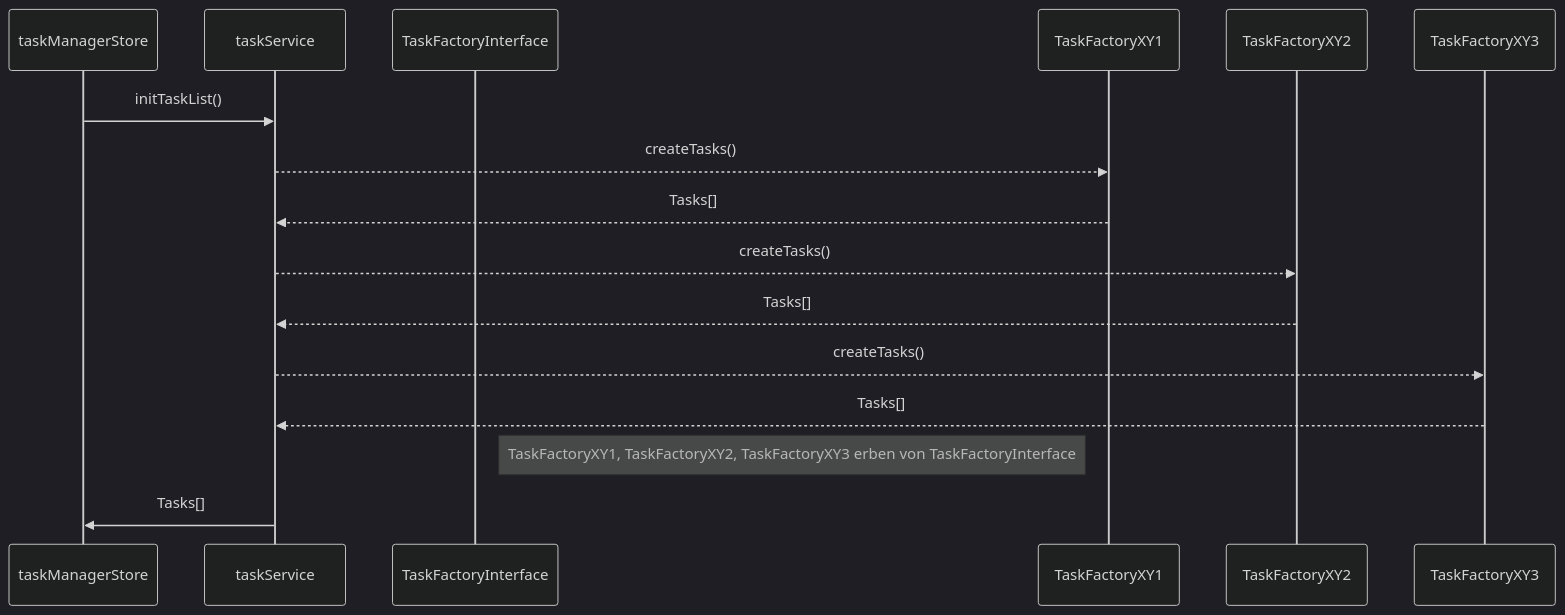
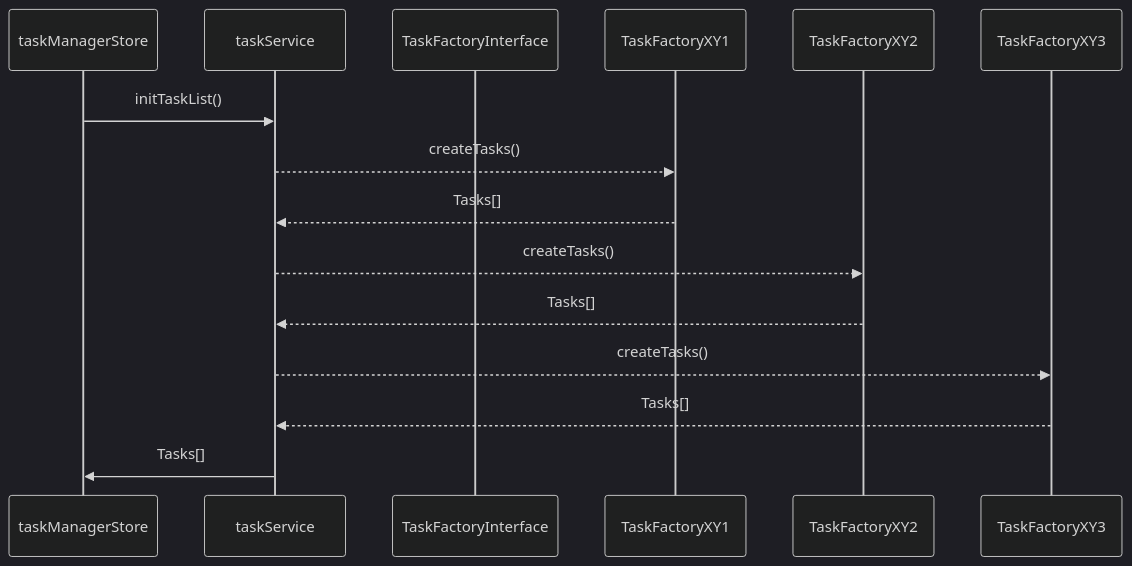
The diagram in docs/src/technik/systemspecification/frontend/task-factories.md (it-at-m/Wahllokalsystem), drawn with Mermaid (dark theme) before and after one commit. The commit also changed other lines of this file, not shown here.

````diff
--- a/docs/src/technik/systemspecification/frontend/task-factories.md
+++ b/docs/src/technik/systemspecification/frontend/task-factories.md
@@ -30,20 +22,19 @@
 ```mermaid
 sequenceDiagram
     participant taskManagerStore
     participant taskService
     participant TaskFactoryInterface
     participant TaskFactoryXY1
     participant TaskFactoryXY2
     participant TaskFactoryXY3
 
     taskManagerStore ->> taskService: initTaskList()
     taskService -->> TaskFactoryXY1: createTasks()
     TaskFactoryXY1 -->> taskService: Tasks[]
     taskService -->> TaskFactoryXY2: createTasks()
     TaskFactoryXY2 -->> taskService: Tasks[]
     taskService -->> TaskFactoryXY3: createTasks()
     TaskFactoryXY3 -->> taskService: Tasks[]
-    Note right of TaskFactoryInterface: TaskFactoryXY1, TaskFactoryXY2, TaskFactoryXY3 erben von TaskFactoryInterface
     taskService ->> taskManagerStore: Tasks[]
 
 ```
````
